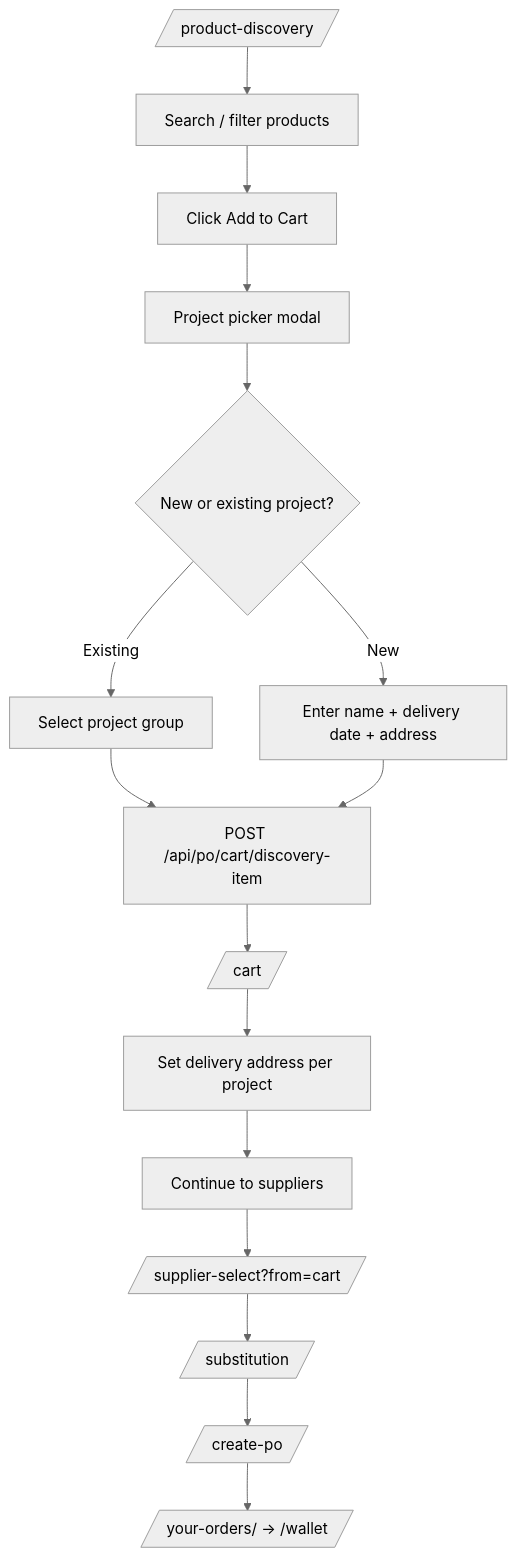
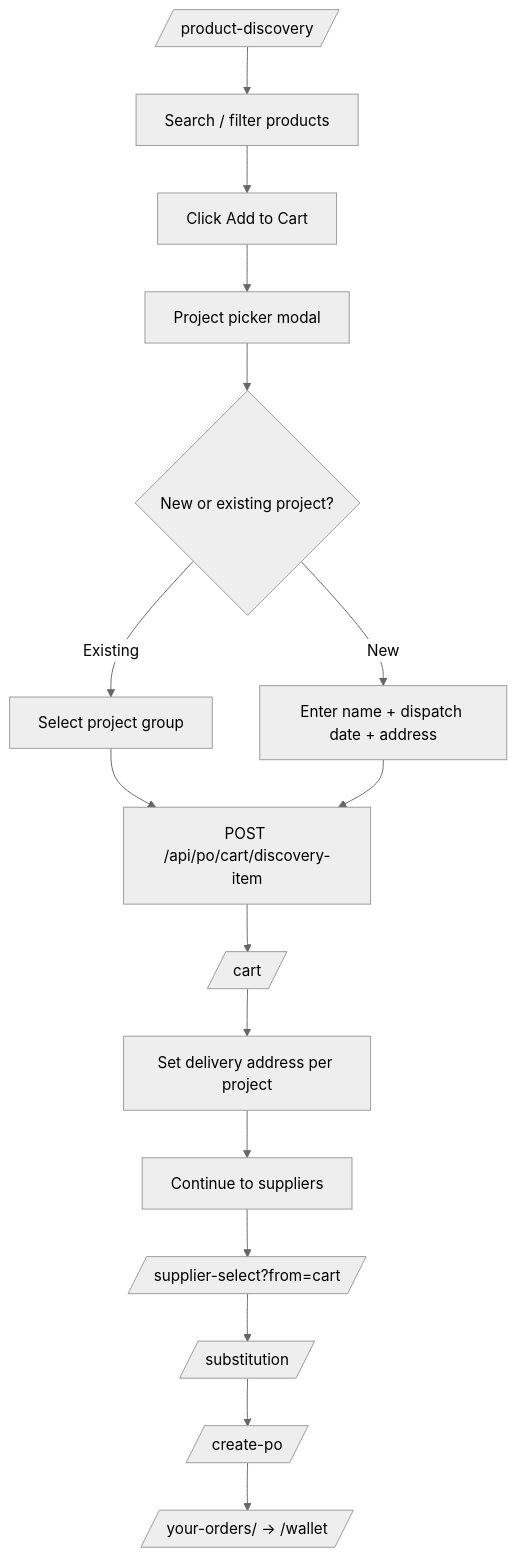
One commit to pranshus18/Tatva_Direct changed the third of 5 diagrams in docs/SERVICE_PROVIDER_PORTAL_TESTING_GUIDE.md. Above: the diagram before and after it, drawn with Mermaid (neutral theme). The commit also changed other lines of this file and 37 other files, not shown here.

````diff
--- a/docs/SERVICE_PROVIDER_PORTAL_TESTING_GUIDE.md
+++ b/docs/SERVICE_PROVIDER_PORTAL_TESTING_GUIDE.md
@@ -484,18 +484,18 @@
 ```mermaid
 flowchart TD
     A[/product-discovery/] --> B[Search / filter products]
     B --> C[Click Add to Cart]
     C --> D[Project picker modal]
     D --> E{New or existing project?}
     E -->|Existing| F[Select project group]
-    E -->|New| G[Enter name + delivery date + address]
+    E -->|New| G[Enter name + dispatch date + address]
     F --> H[POST /api/po/cart/discovery-item]
     G --> H
     H --> I[/cart/]
     I --> J[Set delivery address per project]
     J --> K[Continue to suppliers]
     K --> L[/supplier-select?from=cart/]
     L --> M[/substitution/]
     M --> N[/create-po/]
     N --> O[/your-orders/ → /wallet/]
 ```
````
